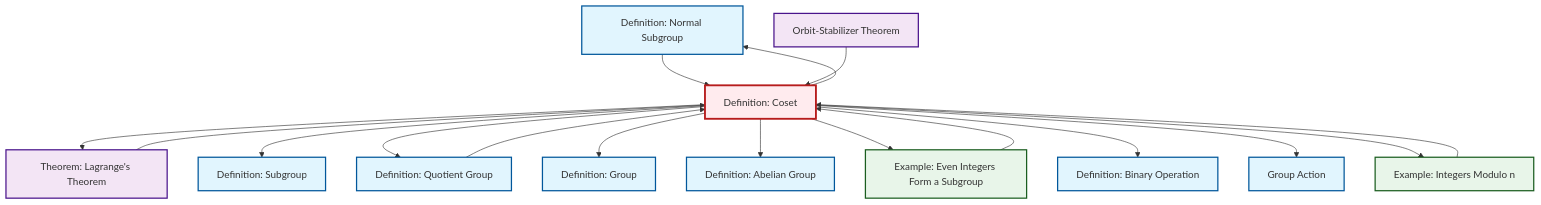
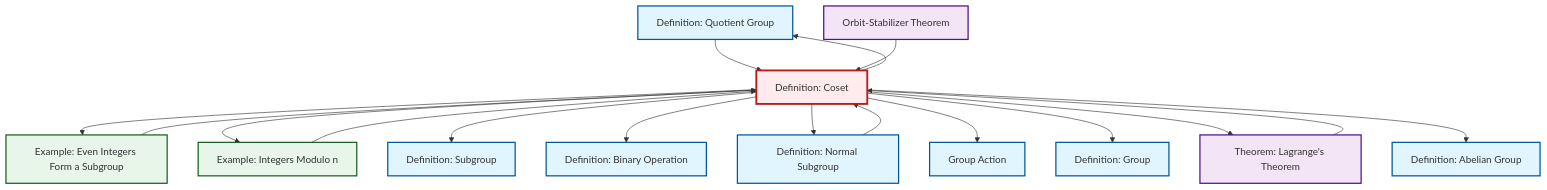
The diagram in content/en/algebra/def-coset.qmd (RK0429/ModernMath), drawn with Mermaid before and after one commit. The commit also changed other lines of this file and 531 other files, not shown here.

````diff
--- a/content/en/algebra/def-coset.qmd
+++ b/content/en/algebra/def-coset.qmd
@@ -158,49 +158,49 @@
 ```{mermaid}
 %%| fig-cap: "Local dependency graph"
 graph TD
     classDef definition fill:#e1f5fe,stroke:#01579b,stroke-width:2px
     classDef theorem fill:#f3e5f5,stroke:#4a148c,stroke-width:2px
     classDef axiom fill:#fff3e0,stroke:#e65100,stroke-width:2px
     classDef example fill:#e8f5e9,stroke:#1b5e20,stroke-width:2px
     classDef current fill:#ffebee,stroke:#b71c1c,stroke-width:3px
+    def-abelian-group["Definition: Abelian Group"]:::definition
+    def-quotient-group["Definition: Quotient Group"]:::definition
+    def-group["Definition: Group"]:::definition
     def-normal-subgroup["Definition: Normal Subgroup"]:::definition
     thm-orbit-stabilizer["Orbit-Stabilizer Theorem"]:::theorem
+    def-subgroup["Definition: Subgroup"]:::definition
     ex-quotient-integers-mod-n["Example: Integers Modulo n"]:::example
+    thm-lagrange["Theorem: Lagrange's Theorem"]:::theorem
+    ex-even-integers-subgroup["Example: Even Integers Form a Subgroup"]:::example
+    def-binary-operation["Definition: Binary Operation"]:::definition
     def-coset["Definition: Coset"]:::definition
-    thm-lagrange["Theorem: Lagrange's Theorem"]:::theorem
-    def-quotient-group["Definition: Quotient Group"]:::definition
-    def-binary-operation["Definition: Binary Operation"]:::definition
-    def-subgroup["Definition: Subgroup"]:::definition
-    def-group["Definition: Group"]:::definition
     def-group-action["Group Action"]:::definition
-    def-abelian-group["Definition: Abelian Group"]:::definition
-    ex-even-integers-subgroup["Example: Even Integers Form a Subgroup"]:::example
-    def-coset --> thm-lagrange
+    def-coset --> ex-even-integers-subgroup
+    def-coset --> ex-quotient-integers-mod-n
     def-coset --> def-subgroup
+    thm-lagrange --> def-coset
+    def-coset --> def-binary-operation
+    def-coset --> def-normal-subgroup
+    def-coset --> def-group-action
+    def-coset --> def-group
+    def-quotient-group --> def-coset
     def-coset --> def-quotient-group
     def-normal-subgroup --> def-coset
-    def-quotient-group --> def-coset
-    def-coset --> def-group
-    thm-lagrange --> def-coset
+    def-coset --> thm-lagrange
+    thm-orbit-stabilizer --> def-coset
+    ex-quotient-integers-mod-n --> def-coset
     def-coset --> def-abelian-group
-    def-coset --> ex-even-integers-subgroup
     ex-even-integers-subgroup --> def-coset
-    def-coset --> def-binary-operation
-    def-coset --> def-group-action
-    thm-orbit-stabilizer --> def-coset
-    def-coset --> def-normal-subgroup
-    ex-quotient-integers-mod-n --> def-coset
-    def-coset --> ex-quotient-integers-mod-n
     class def-coset current
+    click def-abelian-group "def-abelian-group.html" "Go to Abelian Group definition"
+    click def-quotient-group "def-quotient-group.html" "Go to Quotient Group definition"
+    click def-group "def-group.html" "Go to Group definition"
     click def-normal-subgroup "def-normal-subgroup.html" "Go to Normal Subgroup definition"
     click thm-orbit-stabilizer "thm-orbit-stabilizer.html" "Go to Orbit-Stabilizer Theorem"
+    click def-subgroup "def-subgroup.html" "Go to Subgroup definition"
     click ex-quotient-integers-mod-n "ex-quotient-integers-mod-n.html" "Go to Integers Modulo n example"
     click thm-lagrange "thm-lagrange.html" "Go to Lagrange's Theorem theorem"
-    click def-quotient-group "def-quotient-group.html" "Go to Quotient Group definition"
+    click ex-even-integers-subgroup "ex-even-integers-subgroup.html" "Go to Even Integers Form a Subgroup example"
     click def-binary-operation "def-binary-operation.html" "Go to Binary Operation definition"
-    click def-subgroup "def-subgroup.html" "Go to Subgroup definition"
-    click def-group "def-group.html" "Go to Group definition"
     click def-group-action "def-group-action.html" "Go to Group Action"
-    click def-abelian-group "def-abelian-group.html" "Go to Abelian Group definition"
-    click ex-even-integers-subgroup "ex-even-integers-subgroup.html" "Go to Even Integers Form a Subgroup example"
 ```
````
